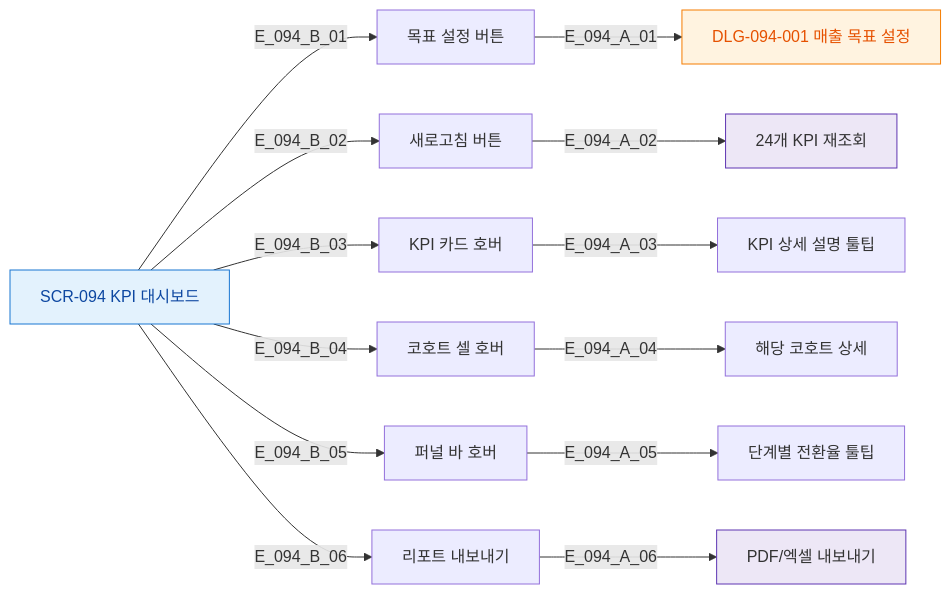
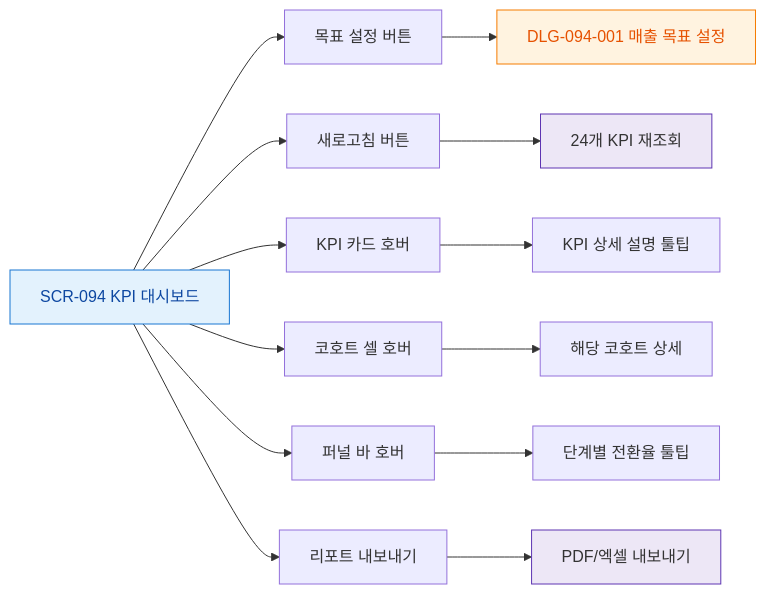
Before and after one commit to dev-spogym/admin-pando: the diagram in docs/다이어그램/D10_본사관리/SCR-094_KPI대시보드/F3_버튼액션.md, drawn with Mermaid. The commit also changed other lines of this file and 1660 other files, not shown here.

First line of the commit message:
다이어그램: 기획자/클라이언트 납품본으로 정리

````diff
--- a/docs/다이어그램/D10_본사관리/SCR-094_KPI대시보드/F3_버튼액션.md
+++ b/docs/다이어그램/D10_본사관리/SCR-094_KPI대시보드/F3_버튼액션.md
@@ -14,26 +12,26 @@
 ```mermaid
 flowchart LR
   SCR_094[SCR-094 KPI 대시보드]
 
-  SCR_094 -->|E_094_B_01| BTN_GOAL[목표 설정 버튼]
-  SCR_094 -->|E_094_B_02| BTN_REFRESH[새로고침 버튼]
-  SCR_094 -->|E_094_B_03| BTN_KPI_HOVER[KPI 카드 호버]
-  SCR_094 -->|E_094_B_04| BTN_COHORT[코호트 셀 호버]
-  SCR_094 -->|E_094_B_05| BTN_FUNNEL[퍼널 바 호버]
-  SCR_094 -->|E_094_B_06| BTN_EXPORT[리포트 내보내기]
+  SCR_094 --> BTN_GOAL[목표 설정 버튼]
+  SCR_094 --> BTN_REFRESH[새로고침 버튼]
+  SCR_094 --> BTN_KPI_HOVER[KPI 카드 호버]
+  SCR_094 --> BTN_COHORT[코호트 셀 호버]
+  SCR_094 --> BTN_FUNNEL[퍼널 바 호버]
+  SCR_094 --> BTN_EXPORT[리포트 내보내기]
 
-  BTN_GOAL -->|E_094_A_01| DLG_001[DLG-094-001 매출 목표 설정]
-  BTN_REFRESH -->|E_094_A_02| ACT_RELOAD[24개 KPI 재조회]
-  BTN_KPI_HOVER -->|E_094_A_03| TOOLTIP[KPI 상세 설명 툴팁]
-  BTN_COHORT -->|E_094_A_04| COHORT_TOOLTIP[해당 코호트 상세]
-  BTN_FUNNEL -->|E_094_A_05| FUNNEL_TOOLTIP[단계별 전환율 툴팁]
-  BTN_EXPORT -->|E_094_A_06| ACT_PDF[PDF/엑셀 내보내기]
+  BTN_GOAL --> DLG_001[DLG-094-001 매출 목표 설정]
+  BTN_REFRESH --> ACT_RELOAD[24개 KPI 재조회]
+  BTN_KPI_HOVER --> TOOLTIP[KPI 상세 설명 툴팁]
+  BTN_COHORT --> COHORT_TOOLTIP[해당 코호트 상세]
+  BTN_FUNNEL --> FUNNEL_TOOLTIP[단계별 전환율 툴팁]
+  BTN_EXPORT --> ACT_PDF[PDF/엑셀 내보내기]
 
   classDef screen fill:#E3F2FD,stroke:#1976D2,color:#0D47A1
   classDef modal fill:#FFF3E0,stroke:#F57C00,color:#E65100
   classDef system fill:#EDE7F6,stroke:#5E35B2
 
   class SCR_094 screen
   class DLG_001 modal
   class ACT_RELOAD,ACT_PDF system
 ```
````
